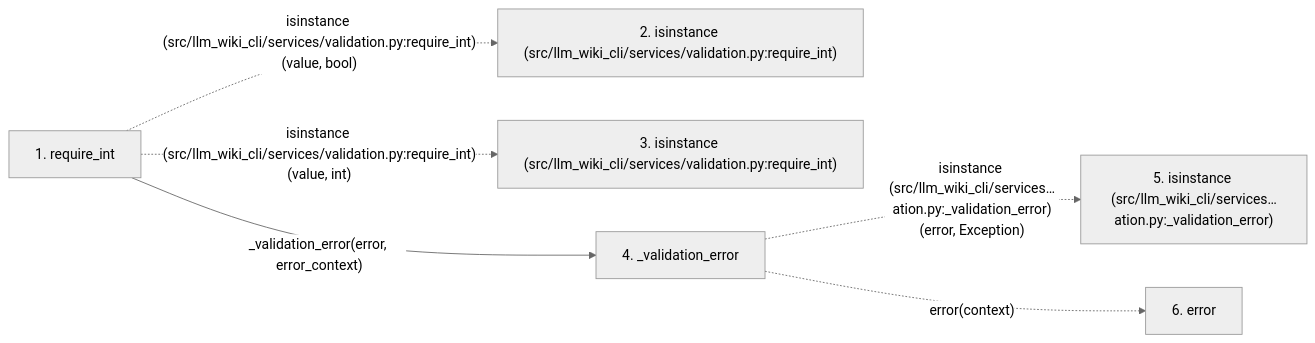
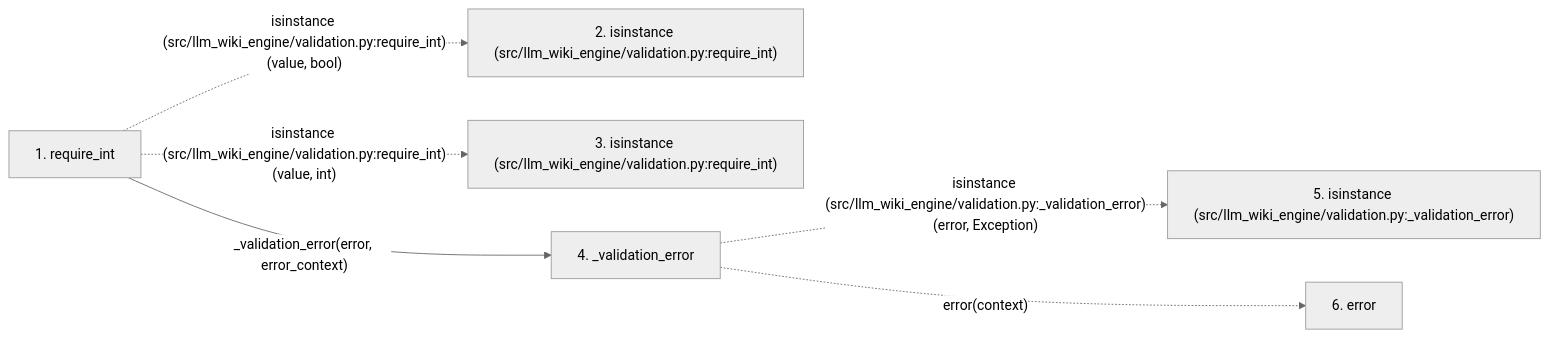
Before and after one commit to Denissvgn/python-wiki-llm: the second of 2 diagrams in docs/llm_wiki/flows/api-require_int.md, drawn with Mermaid (neutral theme). The commit also changed other lines of this file and 1103 other files, not shown here.

First line of the commit message:
docs: refresh the wiki for the llm-wiki-engine distribution

````diff
--- a/docs/llm_wiki/flows/api-require_int.md
+++ b/docs/llm_wiki/flows/api-require_int.md
@@ -43,16 +43,16 @@
 ```mermaid
 flowchart LR
     s1["1. require_int"]
-    s2["2. isinstance (src/llm_wiki_cli/services/validation.py:require_int)"]
-    s3["3. isinstance (src/llm_wiki_cli/services/validation.py:require_int)"]
+    s2["2. isinstance (src/llm_wiki_engine/validation.py:require_int)"]
+    s3["3. isinstance (src/llm_wiki_engine/validation.py:require_int)"]
     s4["4. _validation_error"]
-    s5["5. isinstance (src/llm_wiki_cli/services…ation.py:_validation_error)"]
+    s5["5. isinstance (src/llm_wiki_engine/validation.py:_validation_error)"]
     s6["6. error"]
-    s1 -. "isinstance (src/llm_wiki_cli/services/validation.py:require_int)(value, bool)" .-> s2
-    s1 -. "isinstance (src/llm_wiki_cli/services/validation.py:require_int)(value, int)" .-> s3
+    s1 -. "isinstance (src/llm_wiki_engine/validation.py:require_int)(value, bool)" .-> s2
+    s1 -. "isinstance (src/llm_wiki_engine/validation.py:require_int)(value, int)" .-> s3
     s1 -->|"_validation_error(error, error_context)"| s4
-    s4 -. "isinstance (src/llm_wiki_cli/services…ation.py:_validation_error)(error, Exception)" .-> s5
+    s4 -. "isinstance (src/llm_wiki_engine/validation.py:_validation_error)(error, Exception)" .-> s5
     s4 -. "error(context)" .-> s6
     click s1 "../modules/validation.md"
     click s4 "../modules/validation.md"
 ```
````
